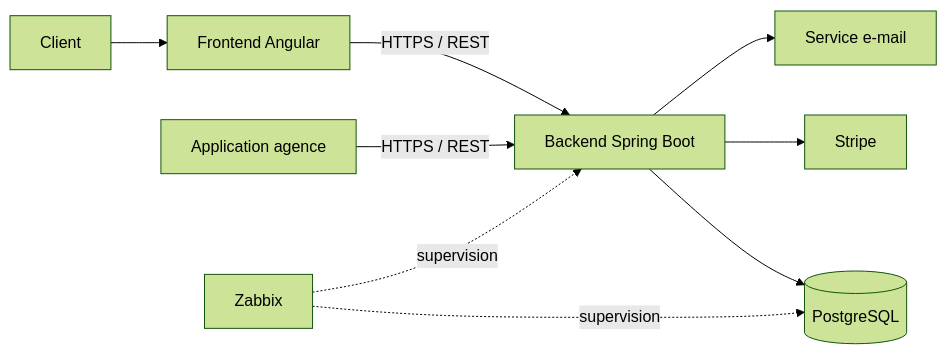
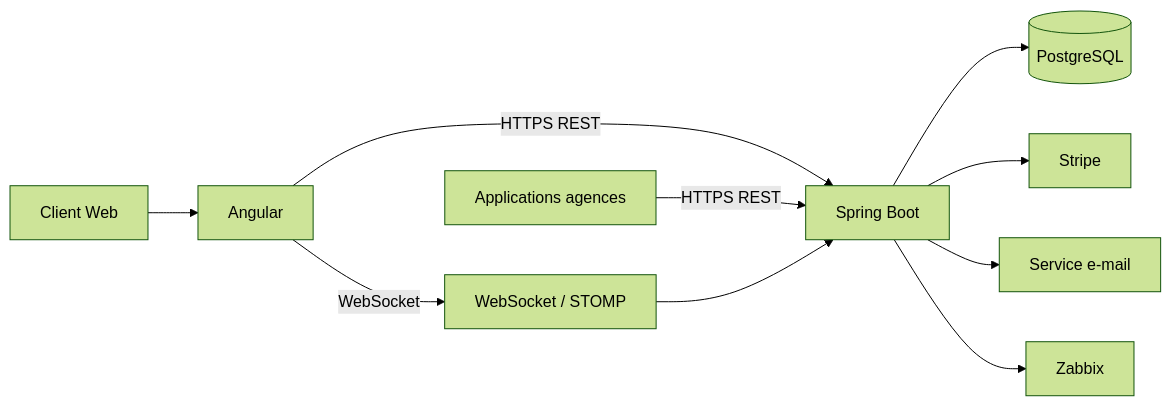
One commit to LeangOC/MyOC2_P10 changed the first of 6 diagrams in Docs/Dossier_Architecture.md. Above: the diagram before and after it, drawn with Mermaid (forest theme). The commit also changed other lines of this file and 4 other files, not shown here.

Commit message:
Dossier Architecture

````diff
--- a/Docs/Dossier_Architecture.md
+++ b/Docs/Dossier_Architecture.md
@@ -528,25 +548,24 @@
 ```mermaid
 flowchart LR
-    User["Client"]
-    Agency["Application agence"]
 
-    Front["Frontend Angular"]
-    API["Backend Spring Boot"]
+    Client[Client Web]
+    Front[Angular]
+    Backend[Spring Boot]
+    DB[(PostgreSQL)]
+    Stripe[Stripe]
+    Email[Service e-mail]
+    Agency[Applications agences]
+    Chat[WebSocket / STOMP]
+    Zabbix[Zabbix]
 
-    DB[("PostgreSQL")]
+    Client --> Front
+    Front -->|HTTPS REST| Backend
+    Agency -->|HTTPS REST| Backend
+    Front -->|WebSocket| Chat
+    Chat --> Backend
 
-    Stripe["Stripe"]
-    Mail["Service e-mail"]
-    Zabbix["Zabbix"]
-
-    User --> Front
-    Front -->|HTTPS / REST| API
-    Agency -->|HTTPS / REST| API
-
-    API --> DB
-    API --> Stripe
-    API --> Mail
-
-    Zabbix -. supervision .-> API
-    Zabbix -. supervision .-> DB
+    Backend --> DB
+    Backend --> Stripe
+    Backend --> Email
+    Backend --> Zabbix
 ```
````
